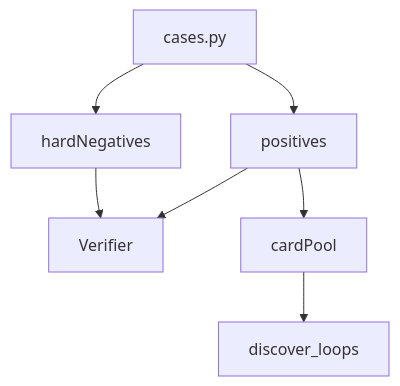
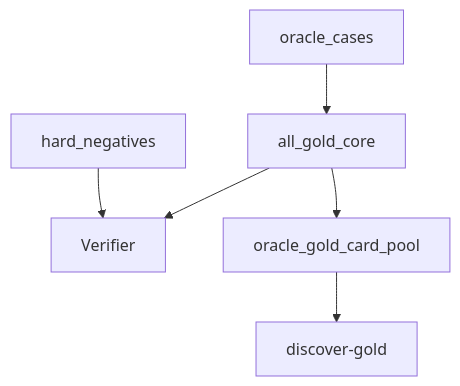
The diagram in src/mtg_loop_engine/corpus/gold_core/README.md (witzbeck/mtg-loop-engine), drawn with Mermaid before and after one commit. The commit also changed other lines of this file and 75 other files, not shown here.

First line of the commit message:
Oracle-exact gold_core campaign (Waves 0–3) (#32)

````diff
--- a/src/mtg_loop_engine/corpus/gold_core/README.md
+++ b/src/mtg_loop_engine/corpus/gold_core/README.md
@@ -11,9 +12,8 @@
 ```mermaid
 graph TB;
-  cases[cases.py] --> positives[positives];
-  cases --> hardNeg[hardNegatives];
-  positives --> verifier[Verifier];
-  hardNeg --> verifier;
-  positives --> pool[cardPool];
-  pool --> discover[discover_loops];
+  oracleCases[oracle_cases] --> positives[all_gold_core];
+  hardNeg[hard_negatives] --> verifier[Verifier];
+  positives --> verifier;
+  positives --> pool[oracle_gold_card_pool];
+  pool --> discover[discover-gold];
 ```
````
